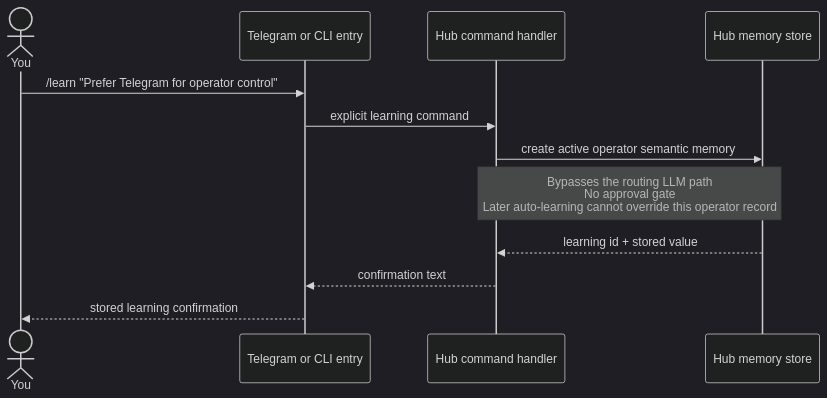
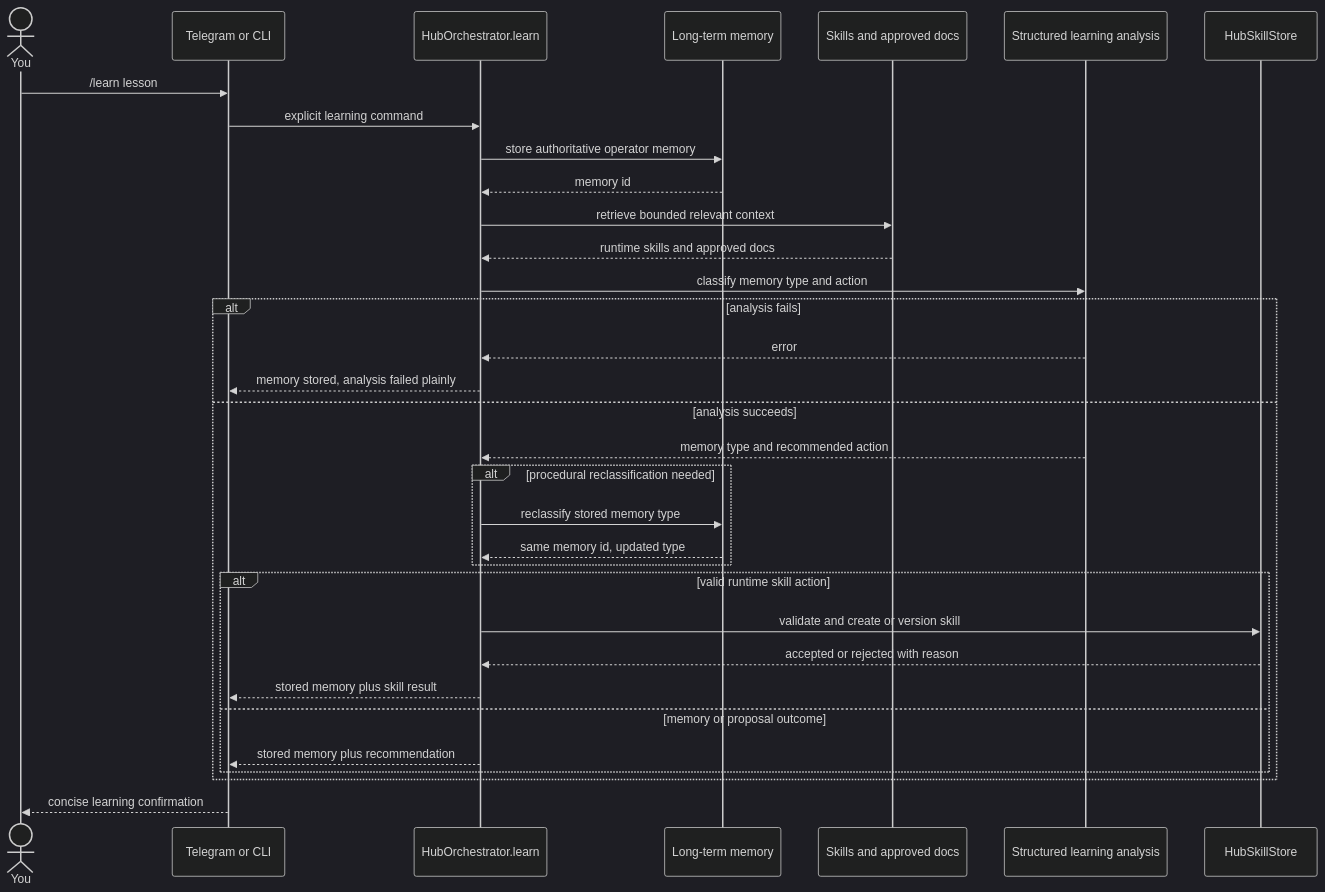
Before and after one commit to robvoto/agent-hub: the diagram in docs/diagrams/05D-HUB-EXPLICIT-LEARNING.mmd, drawn with Mermaid (dark theme). The commit also changed 24 other files, not shown here.

```diff
--- a/docs/diagrams/05D-HUB-EXPLICIT-LEARNING.mmd
+++ b/docs/diagrams/05D-HUB-EXPLICIT-LEARNING.mmd
@@ -1,13 +1,34 @@
 sequenceDiagram
     actor You
-    participant Bot as Telegram or CLI entry
-    participant Orch as Hub command handler
-    participant Mem as Hub memory store
+    participant Entry as Telegram or CLI
+    participant Hub as HubOrchestrator.learn
+    participant Mem as Long-term memory
+    participant Ctx as Skills and approved docs
+    participant LLM as Structured learning analysis
+    participant Skill as HubSkillStore
 
-    You->>Bot: /learn "Prefer Telegram for operator control"
-    Bot->>Orch: explicit learning command
-    Orch->>Mem: create active operator semantic memory
-    Note over Orch,Mem: Bypasses the routing LLM path<br/>No approval gate<br/>Later auto-learning cannot override this operator record
-    Mem-->>Orch: learning id + stored value
-    Orch-->>Bot: confirmation text
-    Bot-->>You: stored learning confirmation
+    You->>Entry: /learn lesson
+    Entry->>Hub: explicit learning command
+    Hub->>Mem: store authoritative operator memory
+    Mem-->>Hub: memory id
+    Hub->>Ctx: retrieve bounded relevant context
+    Ctx-->>Hub: runtime skills and approved docs
+    Hub->>LLM: classify memory type and action
+    alt analysis fails
+        LLM-->>Hub: error
+        Hub-->>Entry: memory stored, analysis failed plainly
+    else analysis succeeds
+        LLM-->>Hub: memory type and recommended action
+        alt procedural reclassification needed
+            Hub->>Mem: reclassify stored memory type
+            Mem-->>Hub: same memory id, updated type
+        end
+        alt valid runtime skill action
+            Hub->>Skill: validate and create or version skill
+            Skill-->>Hub: accepted or rejected with reason
+            Hub-->>Entry: stored memory plus skill result
+        else memory or proposal outcome
+            Hub-->>Entry: stored memory plus recommendation
+        end
+    end
+    Entry-->>You: concise learning confirmation
```
